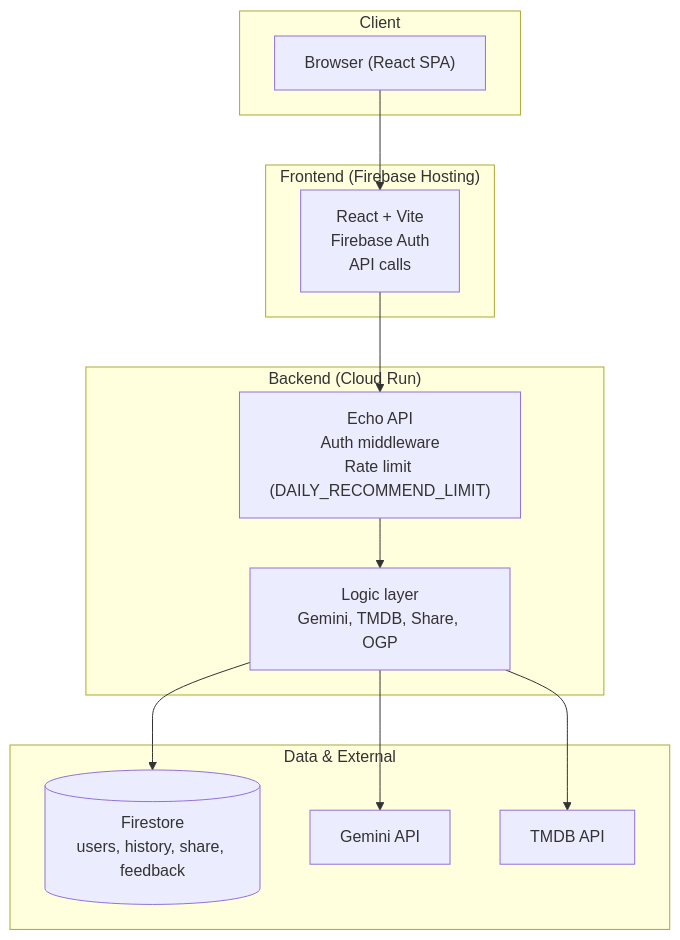
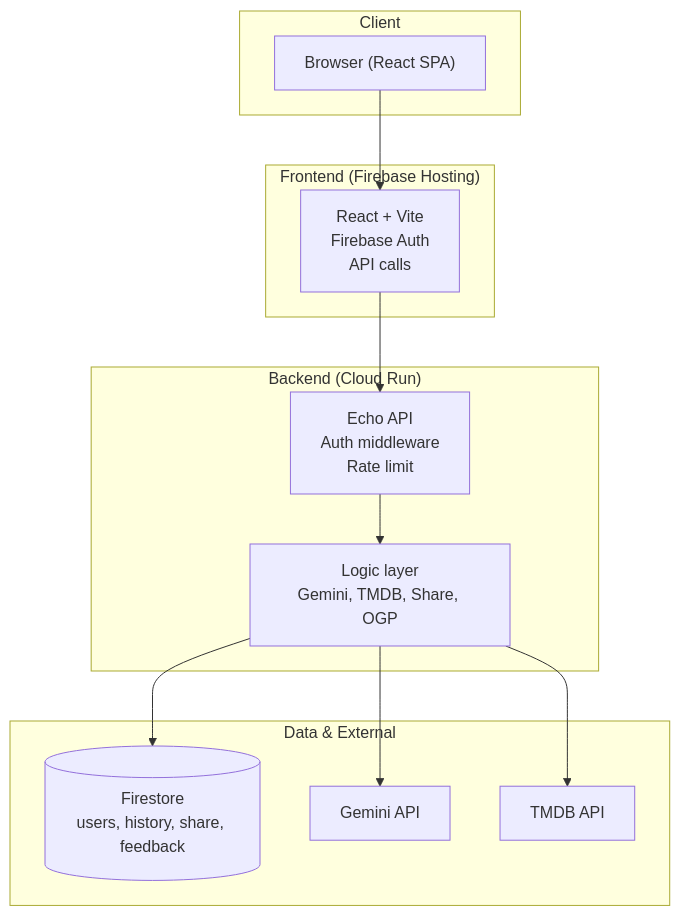
One commit to shundev23/typecast changed the diagram in README.md. Above: the diagram before and after it, drawn with Mermaid. The commit also changed other lines of this file and 1 other file, not shown here.

````diff
--- a/README.md
+++ b/README.md
@@ -95,28 +154,28 @@
 ```mermaid
 flowchart TB
   subgraph Client["Client"]
     Browser["Browser (React SPA)"]
   end
 
   subgraph Frontend["Frontend (Firebase Hosting)"]
     SPA["React + Vite\nFirebase Auth\nAPI calls"]
   end
 
   subgraph Backend["Backend (Cloud Run)"]
-    API["Echo API\nAuth middleware\nRate limit (DAILY_RECOMMEND_LIMIT)"]
+    API["Echo API\nAuth middleware\nRate limit"]
     Logic["Logic layer\nGemini, TMDB, Share, OGP"]
   end
 
   subgraph Data["Data & External"]
     Firestore[(Firestore\nusers, history, share, feedback)]
     Gemini[Gemini API]
     TMDB[TMDB API]
   end
 
   Browser --> SPA
   SPA --> API
   API --> Logic
   Logic --> Firestore
   Logic --> Gemini
   Logic --> TMDB
 ```
````
